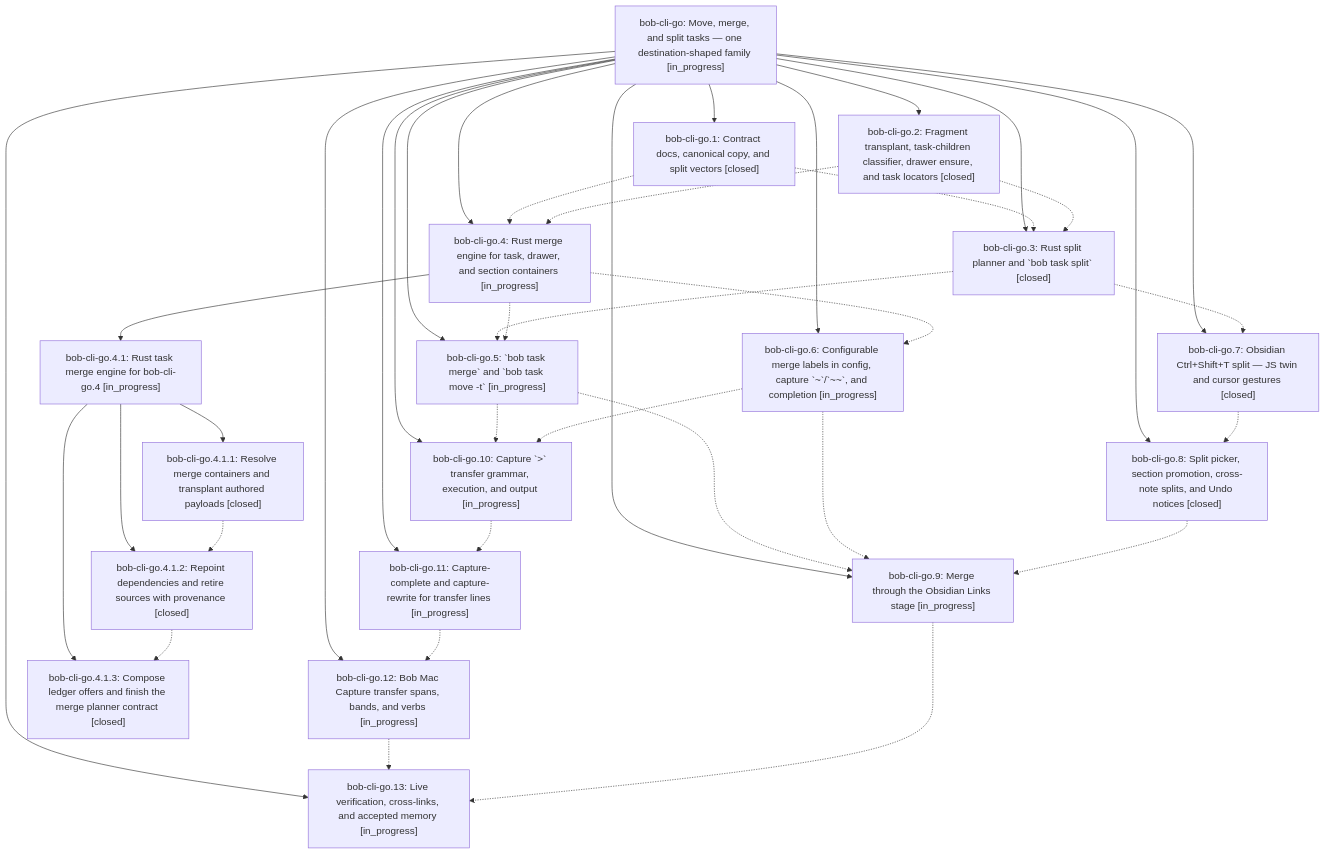
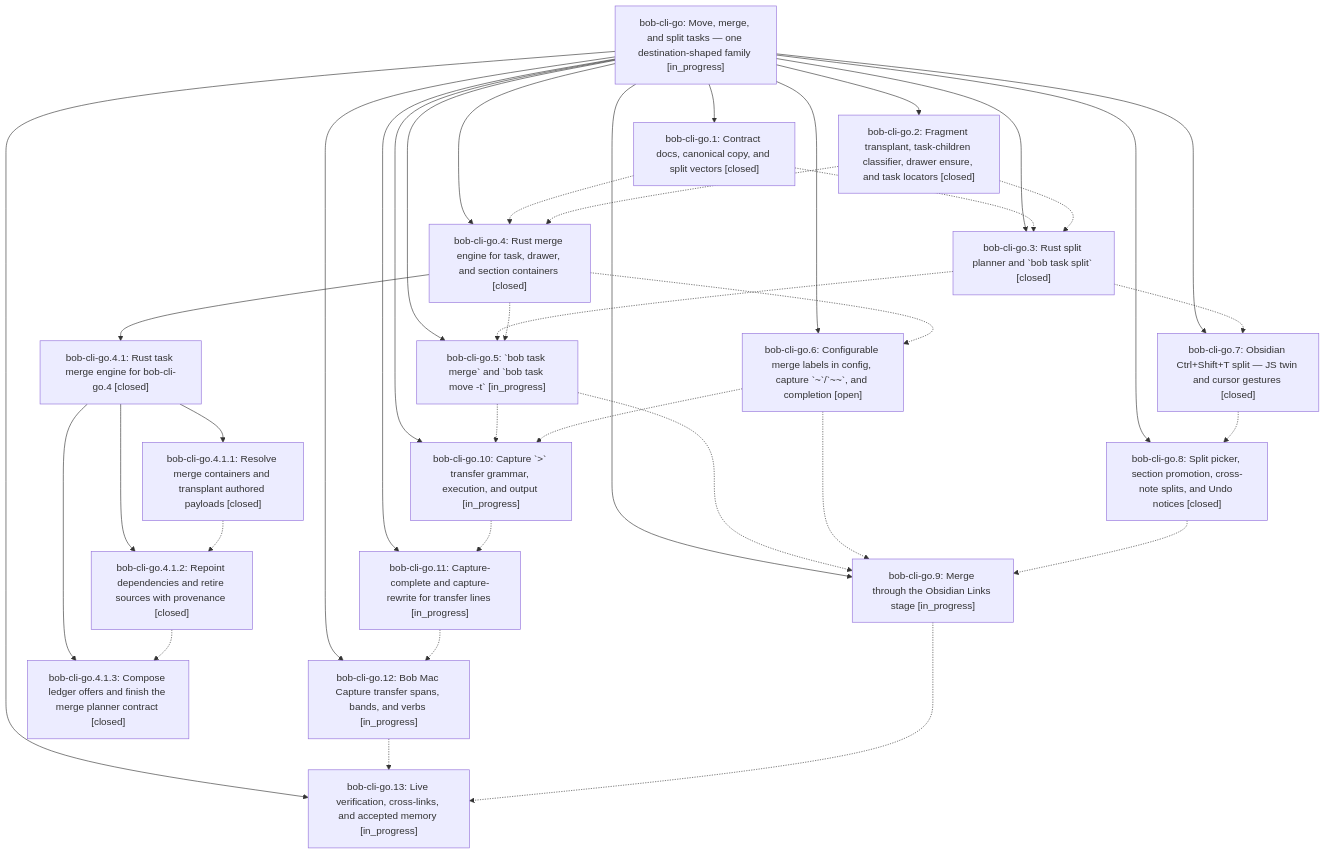
The diagram in pages/bob-cli-go/README.md (bobs-org/bob-cli--beads), drawn with Mermaid before and after one commit. The commit also changed other lines of this file and 11 other files, not shown here.

First line of the commit message:
chore(beads): sync bead state and pages for bob-cli-go

````diff
--- a/pages/bob-cli-go/README.md
+++ b/pages/bob-cli-go/README.md
@@ -62,58 +64,58 @@
 ```mermaid
 flowchart TD
     n0["bob-cli-go: Move, merge, and split tasks — one destination-shaped family [in_progress]"]
     n1["bob-cli-go.1: Contract docs, canonical copy, and split vectors [closed]"]
     n2["bob-cli-go.10: Capture `&gt;` transfer grammar, execution, and output [in_progress]"]
     n3["bob-cli-go.11: Capture-complete and capture-rewrite for transfer lines [in_progress]"]
     n4["bob-cli-go.12: Bob Mac Capture transfer spans, bands, and verbs [in_progress]"]
     n5["bob-cli-go.13: Live verification, cross-links, and accepted memory [in_progress]"]
     n6["bob-cli-go.2: Fragment transplant, task-children classifier, drawer ensure, and task locators [closed]"]
     n7["bob-cli-go.3: Rust split planner and `bob task split` [closed]"]
-    n8["bob-cli-go.4: Rust merge engine for task, drawer, and section containers [in_progress]"]
-    n9["bob-cli-go.4.1: Rust task merge engine for bob-cli-go.4 [in_progress]"]
+    n8["bob-cli-go.4: Rust merge engine for task, drawer, and section containers [closed]"]
+    n9["bob-cli-go.4.1: Rust task merge engine for bob-cli-go.4 [closed]"]
     n10["bob-cli-go.4.1.1: Resolve merge containers and transplant authored payloads [closed]"]
     n11["bob-cli-go.4.1.2: Repoint dependencies and retire sources with provenance [closed]"]
     n12["bob-cli-go.4.1.3: Compose ledger offers and finish the merge planner contract [closed]"]
     n13["bob-cli-go.5: `bob task merge` and `bob task move -t` [in_progress]"]
-    n14["bob-cli-go.6: Configurable merge labels in config, capture `~`/`~~`, and completion [in_progress]"]
+    n14["bob-cli-go.6: Configurable merge labels in config, capture `~`/`~~`, and completion [open]"]
     n15["bob-cli-go.7: Obsidian Ctrl+Shift+T split — JS twin and cursor gestures [closed]"]
     n16["bob-cli-go.8: Split picker, section promotion, cross-note splits, and Undo notices [closed]"]
     n17["bob-cli-go.9: Merge through the Obsidian Links stage [in_progress]"]
     n0 --> n1
     n0 --> n2
     n0 --> n3
     n0 --> n4
     n0 --> n5
     n0 --> n6
     n0 --> n7
     n0 --> n8
     n8 --> n9
     n9 --> n10
     n9 --> n11
     n9 --> n12
     n0 --> n13
     n0 --> n14
     n0 --> n15
     n0 --> n16
     n0 --> n17
     n1 -.-> n7
     n1 -.-> n8
     n2 -.-> n3
     n3 -.-> n4
     n4 -.-> n5
     n6 -.-> n7
     n6 -.-> n8
     n7 -.-> n13
     n7 -.-> n15
     n8 -.-> n13
     n8 -.-> n14
     n10 -.-> n11
     n11 -.-> n12
     n13 -.-> n2
     n13 -.-> n17
     n14 -.-> n2
     n14 -.-> n17
     n15 -.-> n16
     n16 -.-> n17
     n17 -.-> n5
 ```
````
